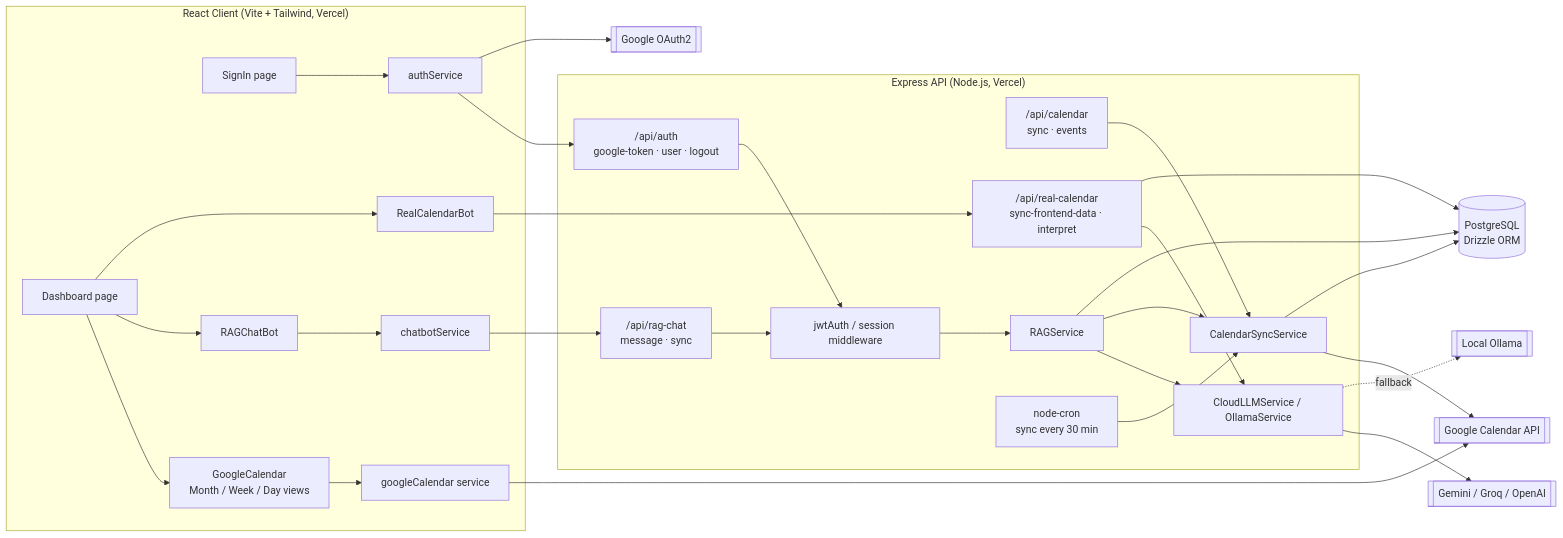
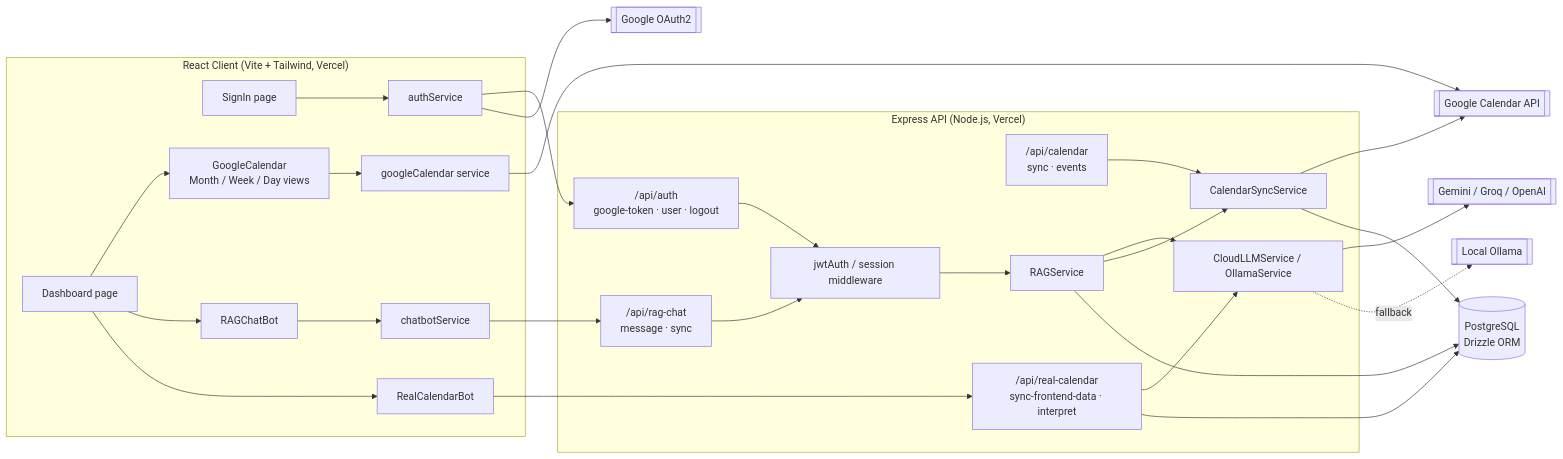
Before and after one commit to derko510/Calendar-AI: the first of 6 diagrams in docs/system-design.md, drawn with Mermaid. The commit also changed other lines of this file and 71 other files, not shown here.

````diff
--- a/docs/system-design.md
+++ b/docs/system-design.md
@@ -7,49 +7,47 @@
 ```mermaid
 flowchart LR
   subgraph Client["React Client (Vite + Tailwind, Vercel)"]
     SignIn[SignIn page]
     Dash[Dashboard page]
     GCal[GoogleCalendar<br/>Month / Week / Day views]
     RAGBot[RAGChatBot]
     RealBot[RealCalendarBot]
     AuthSvc[authService]
     GCalSvc[googleCalendar service]
     ChatSvc[chatbotService]
   end
 
   subgraph Server["Express API (Node.js, Vercel)"]
     Auth["/api/auth<br/>google-token · user · logout"]
     Cal["/api/calendar<br/>sync · events"]
     RagRoute["/api/rag-chat<br/>message · sync"]
     RealRoute["/api/real-calendar<br/>sync-frontend-data · interpret"]
     MW[jwtAuth / session middleware]
     RAG[RAGService]
     Sync[CalendarSyncService]
     LLM[CloudLLMService / OllamaService]
-    Cron[node-cron<br/>sync every 30 min]
   end
 
   DB[(PostgreSQL<br/>Drizzle ORM)]
   GoogleOAuth[[Google OAuth2]]
   GoogleAPI[[Google Calendar API]]
   CloudLLM[[Gemini / Groq / OpenAI]]
   Ollama[[Local Ollama]]
 
   SignIn --> AuthSvc --> Auth
   AuthSvc --> GoogleOAuth
   Dash --> GCal & RAGBot & RealBot
   GCal --> GCalSvc --> GoogleAPI
   RAGBot --> ChatSvc --> RagRoute
   RealBot --> RealRoute
   Auth --> MW
   RagRoute --> MW --> RAG
   Cal --> Sync
   RealRoute --> LLM
   RealRoute --> DB
   RAG --> LLM & Sync & DB
   Sync --> GoogleAPI
   Sync --> DB
-  Cron --> Sync
   LLM --> CloudLLM
   LLM -.fallback.-> Ollama
 ```
````
